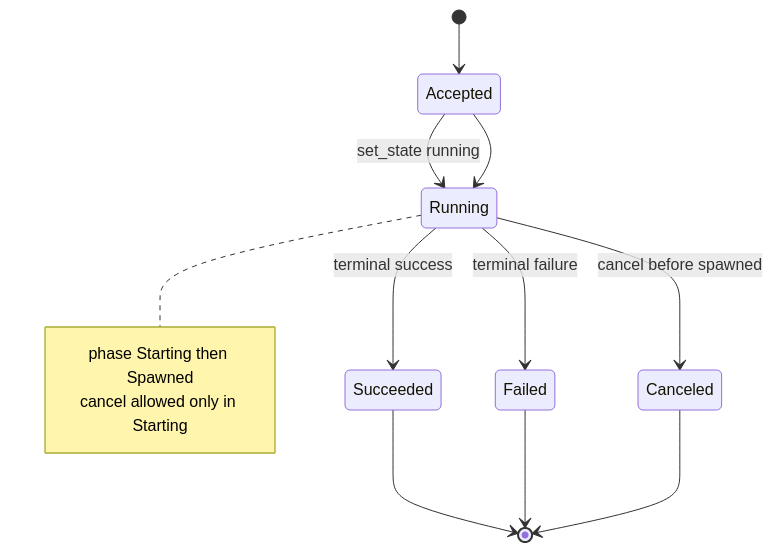
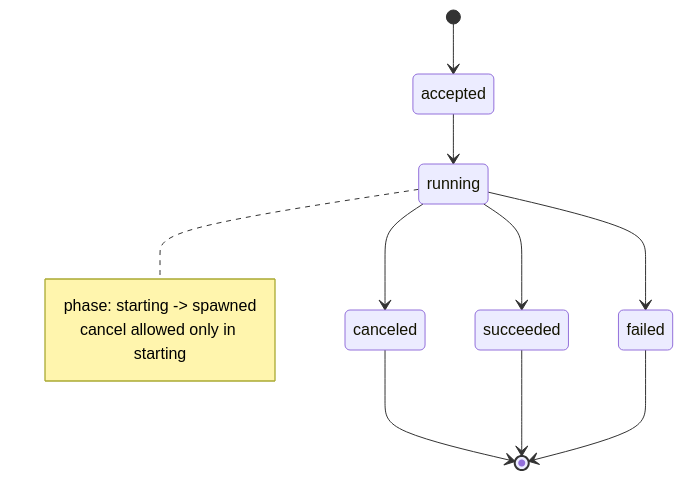
The third of 4 diagrams in docs/spec/imagod-internals.md (yieldspace/imago), drawn with Mermaid before and after one commit. The commit also changed other lines of this file and 6 other files, not shown here.

````diff
--- a/docs/spec/imagod-internals.md
+++ b/docs/spec/imagod-internals.md
@@ -308,16 +287,15 @@
 ```mermaid
 stateDiagram-v2
-  [*] --> Accepted
-  Accepted --> Running: set_state running
-  Running --> Canceled: cancel before spawned
-  Running --> Succeeded: terminal success
-  Running --> Failed: terminal failure
-  Accepted --> Running
-  note right of Running
-    phase Starting then Spawned
-    cancel allowed only in Starting
+  [*] --> accepted
+  accepted --> running
+  running --> canceled
+  running --> succeeded
+  running --> failed
+  note right of running
+    phase: starting -> spawned
+    cancel allowed only in starting
   end note
-  Succeeded --> [*]
-  Failed --> [*]
-  Canceled --> [*]
+  canceled --> [*]
+  succeeded --> [*]
+  failed --> [*]
 ```
````
